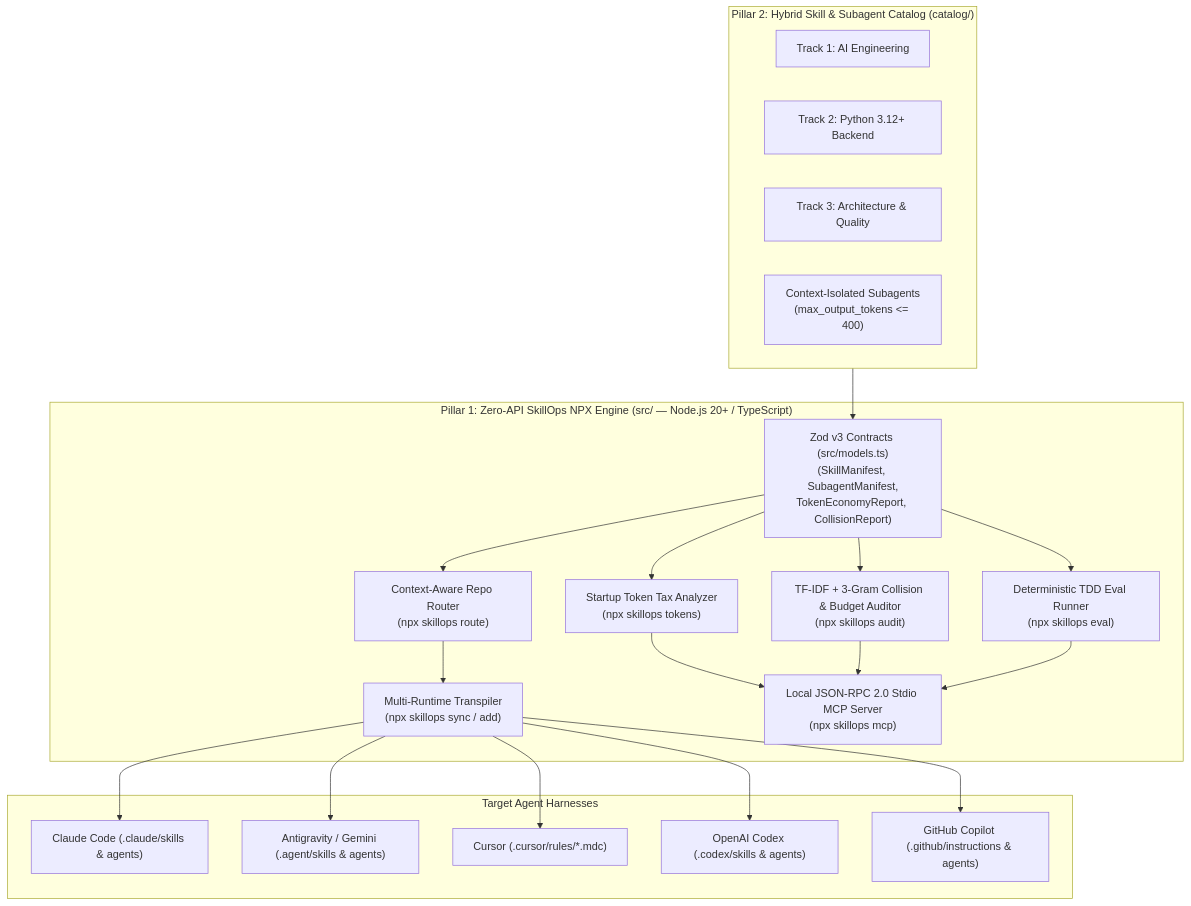
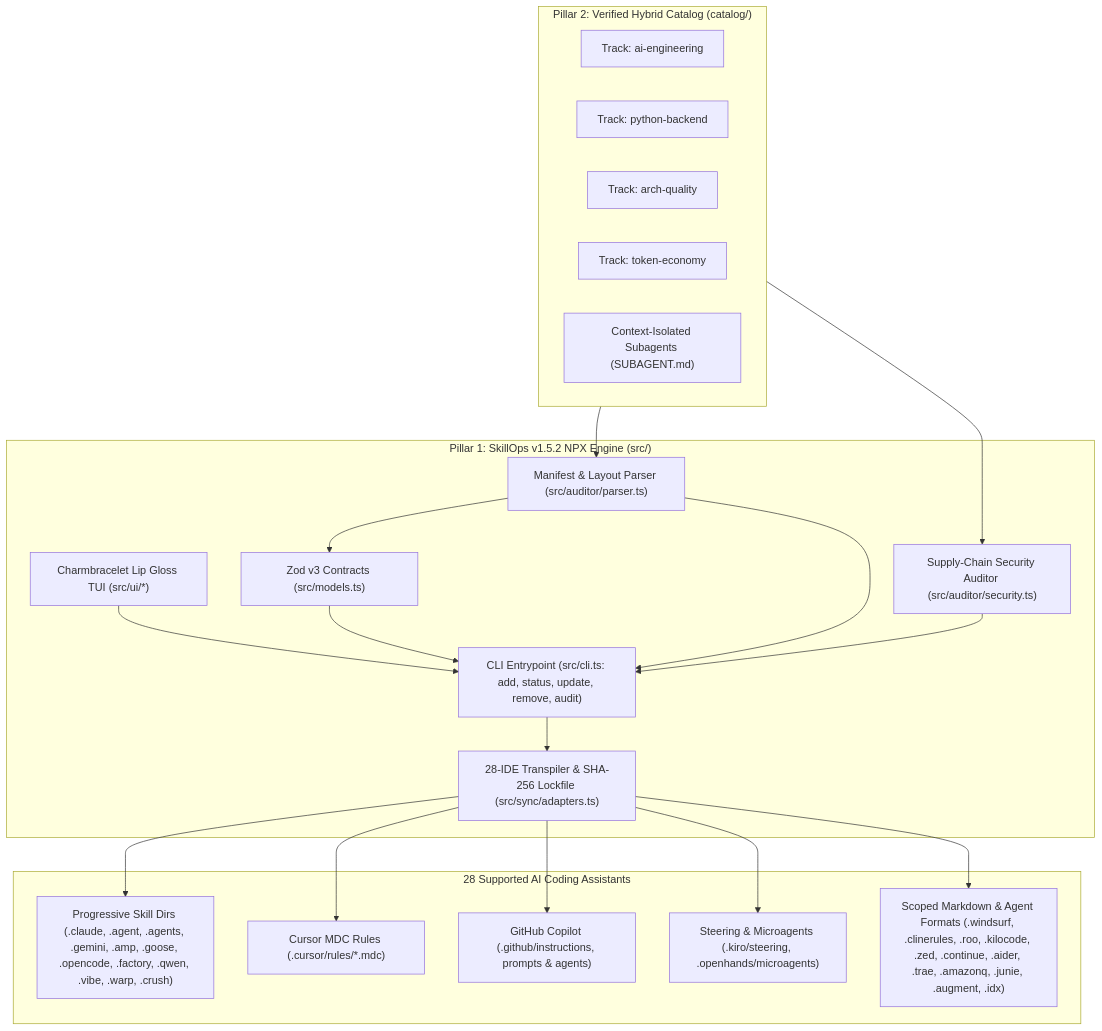
One commit to OdevMatheus/SkillOps changed the diagram in docs/architecture/README.md. Above: the diagram before and after it, drawn with Mermaid. The commit also changed other lines of this file and 11 other files, not shown here.

Commit message:
docs(contract): align v1.5.2 governance docs, ADR-0005, and hardened Zod schemas

````diff
--- a/docs/architecture/README.md
+++ b/docs/architecture/README.md
@@ -24,33 +26,34 @@
 ```mermaid
 flowchart TB
-    subgraph Catalog["Pillar 2: Hybrid Skill & Subagent Catalog (catalog/)"]
-        T1["Track 1: AI Engineering"]
-        T2["Track 2: Python 3.12+ Backend"]
-        T3["Track 3: Architecture & Quality"]
-        T4["Context-Isolated Subagents\n(max_output_tokens <= 400)"]
+    subgraph Catalog["Pillar 2: Verified Hybrid Catalog (catalog/)"]
+        T1["Track: ai-engineering"]
+        T2["Track: python-backend"]
+        T3["Track: arch-quality"]
+        T4["Track: token-economy"]
+        SA["Context-Isolated Subagents (SUBAGENT.md)"]
     end
 
-    subgraph Engine["Pillar 1: Zero-API SkillOps NPX Engine (src/ — Node.js 20+ / TypeScript)"]
-        Models["Zod v3 Contracts (src/models.ts)\n(SkillManifest, SubagentManifest,\nTokenEconomyReport, CollisionReport)"]
-        Tokens["Startup Token Tax Analyzer\n(npx skillops tokens)"]
-        Auditor["TF-IDF + 3-Gram Collision & Budget Auditor\n(npx skillops audit)"]
-        Router["Context-Aware Repo Router\n(npx skillops route)"]
-        Sync["Multi-Runtime Transpiler\n(npx skillops sync / add)"]
-        Eval["Deterministic TDD Eval Runner\n(npx skillops eval)"]
-        Mcp["Local JSON-RPC 2.0 Stdio MCP Server\n(npx skillops mcp)"]
+    subgraph Engine["Pillar 1: SkillOps v1.5.2 NPX Engine (src/)"]
+        Models["Zod v3 Contracts (src/models.ts)"]
+        Parser["Manifest & Layout Parser (src/auditor/parser.ts)"]
+        Sec["Supply-Chain Security Auditor (src/auditor/security.ts)"]
+        Tui["Charmbracelet Lip Gloss TUI (src/ui/*)"]
+        Cli["CLI Entrypoint (src/cli.ts: add, status, update, remove, audit)"]
+        Sync["28-IDE Transpiler & SHA-256 Lockfile (src/sync/adapters.ts)"]
     end
 
-    subgraph Runtimes["Target Agent Harnesses"]
-        R1["Claude Code (.claude/skills & agents)"]
-        R2["Antigravity / Gemini (.agent/skills & agents)"]
-        R3["Cursor (.cursor/rules/*.mdc)"]
-        R4["OpenAI Codex (.codex/skills & agents)"]
-        R5["GitHub Copilot (.github/instructions & agents)"]
+    subgraph Targets["28 Supported AI Coding Assistants"]
+        F1["Progressive Skill Dirs (.claude, .agent, .agents, .gemini, .amp, .goose, .opencode, .factory, .qwen, .vibe, .warp, .crush)"]
+        F2["Cursor MDC Rules (.cursor/rules/*.mdc)"]
+        F3["GitHub Copilot (.github/instructions, prompts & agents)"]
+        F4["Steering & Microagents (.kiro/steering, .openhands/microagents)"]
+        F5["Scoped Markdown & Agent Formats (.windsurf, .clinerules, .roo, .kilocode, .zed, .continue, .aider, .trae, .amazonq, .junie, .augment, .idx)"]
     end
 
-    Catalog --> Models
-    Models --> Tokens & Auditor & Router & Eval
-    Router --> Sync
-    Sync --> R1 & R2 & R3 & R4 & R5
-    Tokens & Auditor & Eval --> Mcp
+    Catalog --> Parser & Sec
+    Parser --> Models
+    Tui --> Cli
+    Models & Parser & Sec --> Cli
+    Cli --> Sync
+    Sync --> F1 & F2 & F3 & F4 & F5
 ```
````
